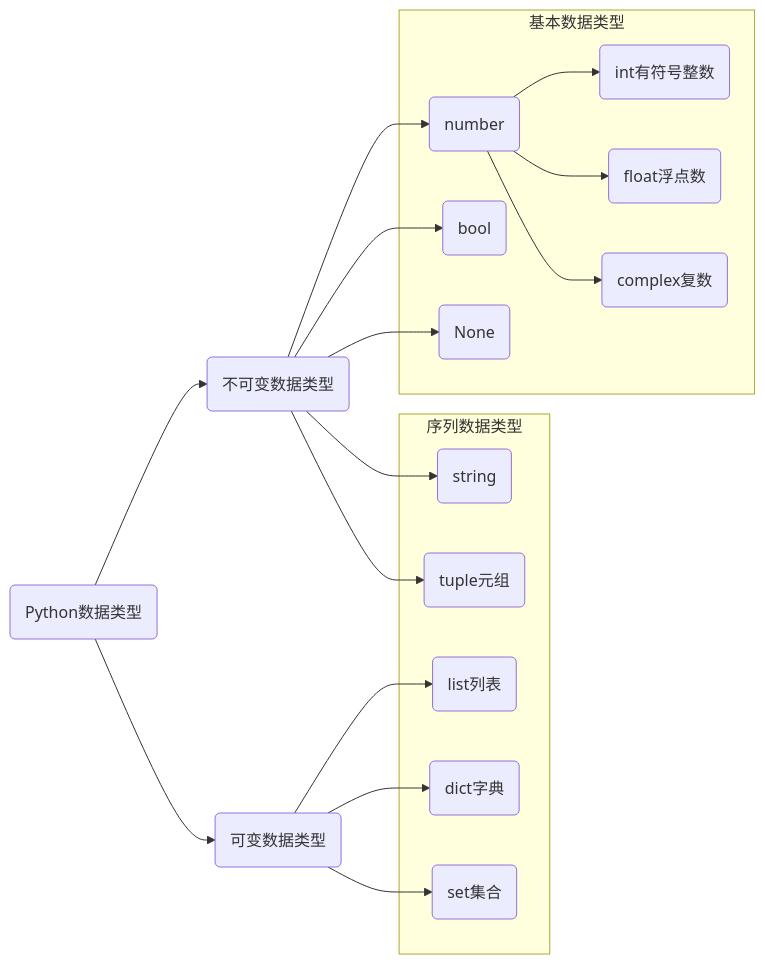
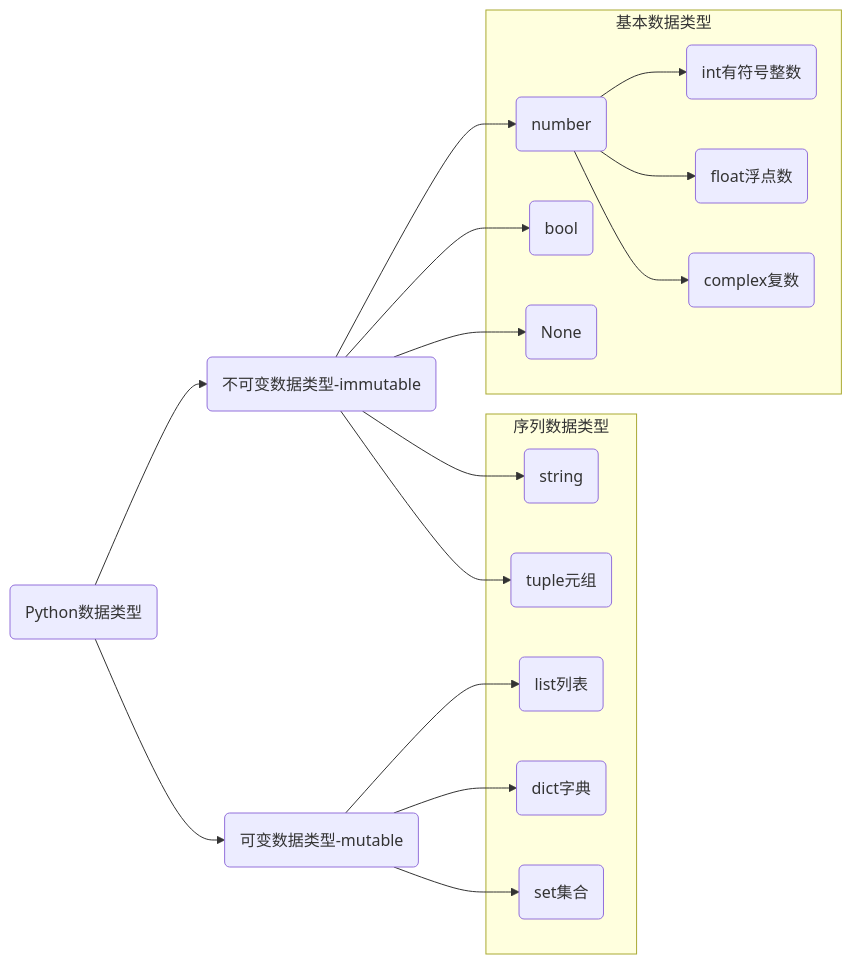
Before and after one commit to hughxusu/lesson-py: the diagram in b-basic/2-类型.md, drawn with Mermaid. The commit also changed 3 other files, not shown here.

````diff
--- a/b-basic/2-类型.md
+++ b/b-basic/2-类型.md
@@ -5,31 +5,31 @@
 ```mermaid
 graph LR
-a(Python数据类型)-->b(不可变数据类型)
+a(Python数据类型)-->b(不可变数据类型-immutable)
 b-->c(number)
 b-->bool(bool)
 b-->none(None)
 c-->int(int有符号整数)
 c-->float(float浮点数)
 c-->cpx(complex复数)
-a-->d(可变数据类型)
+a-->d(可变数据类型-mutable)
 b-->str(string)
 b-->tup(tuple元组)
 d-->list(list列表)
 d-->dict(dict字典)
 d-->set(set集合)
 subgraph 序列数据类型
 str
 tup
 list
 dict
 set
 end
 subgraph 基本数据类型
 c
 bool
 int
 float
 cpx
 none
 end
 ```
````
